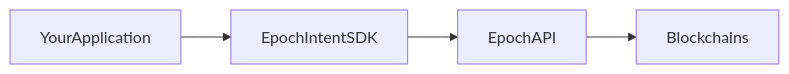
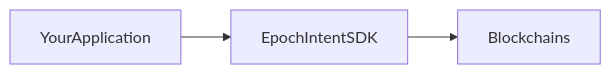
One commit to epochprotocol/docs-new changed the first of 2 diagrams in 03-architecture.md. Above: the diagram before and after it, drawn with Mermaid. The commit also changed other lines of this file and 23 other files, not shown here.

````diff
--- a/03-architecture.md
+++ b/03-architecture.md
@@ -9,11 +9,9 @@
 ```mermaid
 flowchart LR
   App[YourApplication]
   SDK[EpochIntentSDK]
-  API[EpochAPI]
   Chain[Blockchains]
 
   App --> SDK
-  SDK --> API
-  API --> Chain
+  SDK --> Chain
 ```
````
